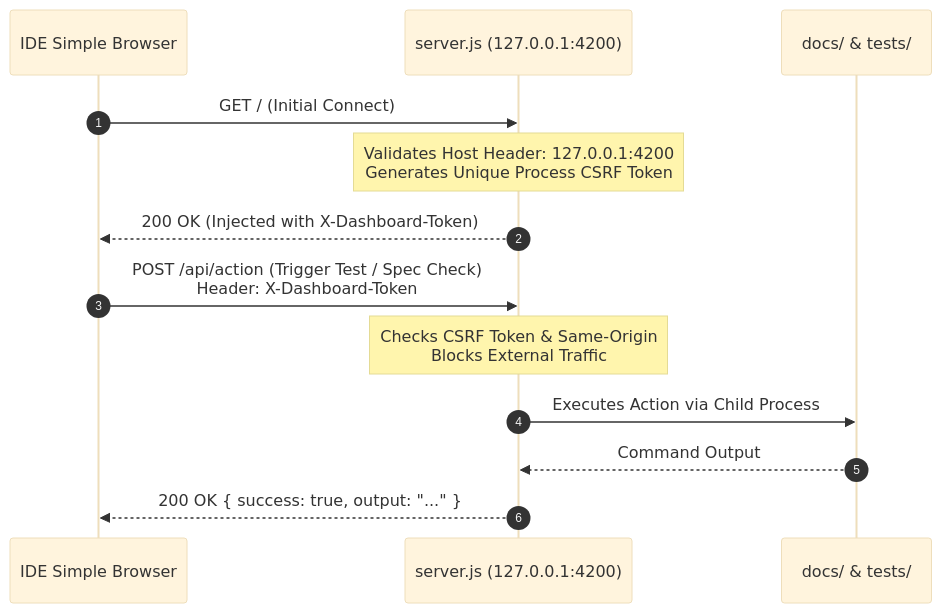
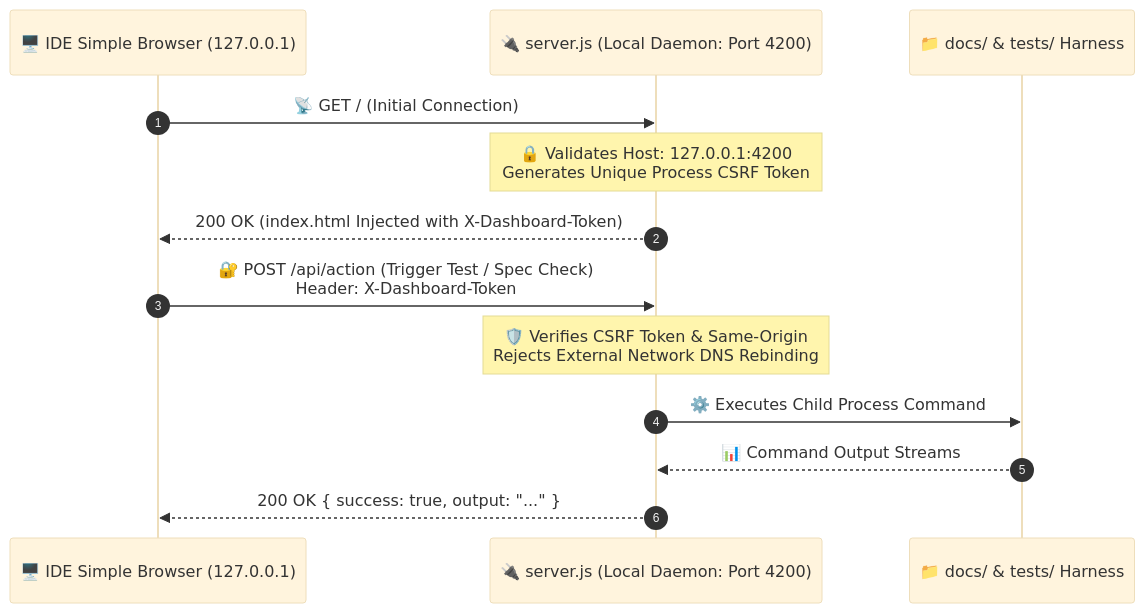
Before and after one commit to rmsofficialsyt/Agentic-AI-Vibe-Coding-AND-SDD-TDD-Codebase-Chandan-Adhikary: the fourth of 4 diagrams in SDD-TDD-Chandan-Adhikary/Spec-Driven-Development/Project-Manager-Dashboard/README.md, drawn with Mermaid (base theme). The commit also changed other lines of this file and 23 other files, not shown here.

Commit message:
docs: redesign diagrams to Eraser.io visual style and regenerate MANIFEST.json

````diff
--- a/SDD-TDD-Chandan-Adhikary/Spec-Driven-Development/Project-Manager-Dashboard/README.md
+++ b/SDD-TDD-Chandan-Adhikary/Spec-Driven-Development/Project-Manager-Dashboard/README.md
@@ -132,17 +141,17 @@
 ```mermaid
 sequenceDiagram
     autonumber
-    participant IDE as IDE Simple Browser
-    participant Daemon as server.js (127.0.0.1:4200)
-    participant Core as docs/ & tests/
+    participant IDE as 🖥️ IDE Simple Browser (127.0.0.1)
+    participant Daemon as 🔌 server.js (Local Daemon: Port 4200)
+    participant Core as 📁 docs/ & tests/ Harness
 
-    IDE->>Daemon: GET / (Initial Connect)
-    Note over Daemon: Validates Host Header: 127.0.0.1:4200<br/>Generates Unique Process CSRF Token
-    Daemon-->>IDE: 200 OK (Injected with X-Dashboard-Token)
+    IDE->>Daemon: 📡 GET / (Initial Connection)
+    Note over Daemon: 🔒 Validates Host: 127.0.0.1:4200<br/>Generates Unique Process CSRF Token
+    Daemon-->>IDE: 200 OK (index.html Injected with X-Dashboard-Token)
 
-    IDE->>Daemon: POST /api/action (Trigger Test / Spec Check)<br/>Header: X-Dashboard-Token
-    Note over Daemon: Checks CSRF Token & Same-Origin<br/>Blocks External Traffic
-    Daemon->>Core: Executes Action via Child Process
-    Core-->>Daemon: Command Output
+    IDE->>Daemon: 🔐 POST /api/action (Trigger Test / Spec Check)<br/>Header: X-Dashboard-Token
+    Note over Daemon: 🛡️ Verifies CSRF Token & Same-Origin<br/>Rejects External Network DNS Rebinding
+    Daemon->>Core: ⚙️ Executes Child Process Command
+    Core-->>Daemon: 📊 Command Output Streams
     Daemon-->>IDE: 200 OK { success: true, output: "..." }
 ```
````
